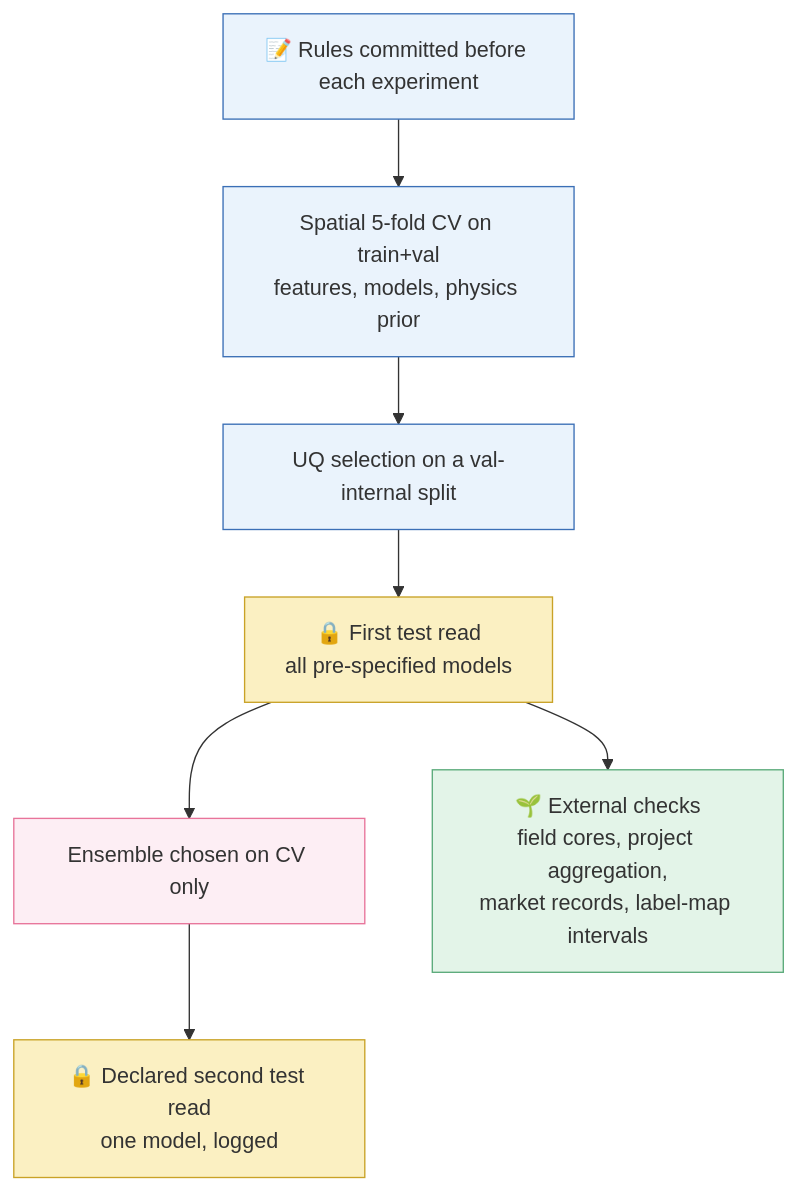
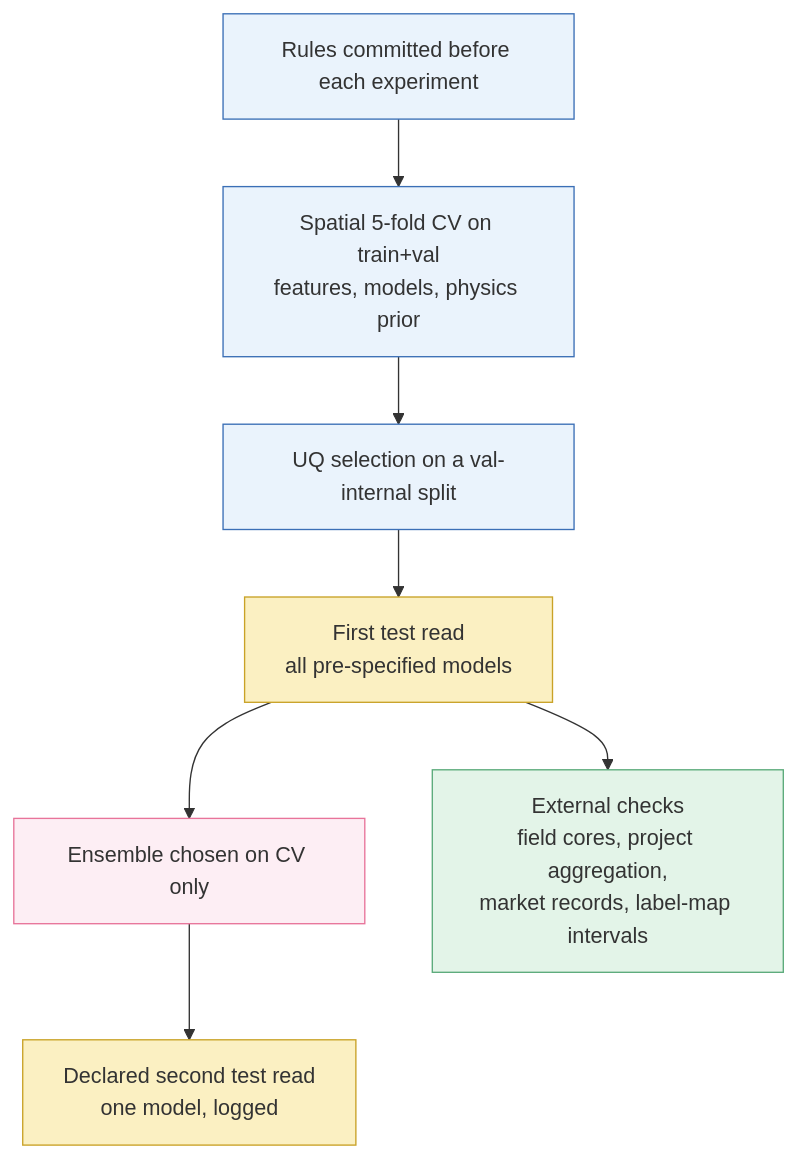
One commit to Nahla-Nabil/PIGNN-UQ changed the second of 2 diagrams in README.md. Above: the diagram before and after it, drawn with Mermaid. The commit also changed other lines of this file, not shown here.

````diff
--- a/README.md
+++ b/README.md
@@ -178,16 +177,16 @@
 ```mermaid
 flowchart TD
-    A[📝 Rules committed before each experiment] --> B[Spatial 5-fold CV on train+val<br/>features, models, physics prior]
+    A[Rules committed before each experiment] --> B[Spatial 5-fold CV on train+val<br/>features, models, physics prior]
     B --> C[UQ selection on a val-internal split]
-    C --> D[🔒 First test read<br/>all pre-specified models]
+    C --> D[First test read<br/>all pre-specified models]
     D --> F[Ensemble chosen on CV only]
-    F --> G[🔒 Declared second test read<br/>one model, logged]
-    D --> H[🌱 External checks<br/>field cores, project aggregation,<br/>market records, label-map intervals]
+    F --> G[Declared second test read<br/>one model, logged]
+    D --> H[External checks<br/>field cores, project aggregation,<br/>market records, label-map intervals]
     style A fill:#EAF3FC,stroke:#3B6FB6
     style B fill:#EAF3FC,stroke:#3B6FB6
     style C fill:#EAF3FC,stroke:#3B6FB6
     style D fill:#FBF0C2,stroke:#C9A227
     style G fill:#FBF0C2,stroke:#C9A227
     style F fill:#FDEEF4,stroke:#E8749A
     style H fill:#E3F4E8,stroke:#5BAA7A
 ```
````
